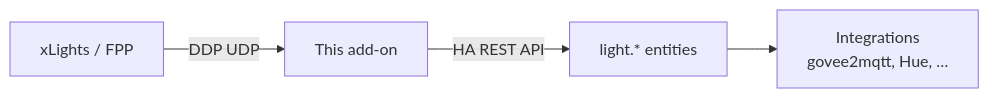
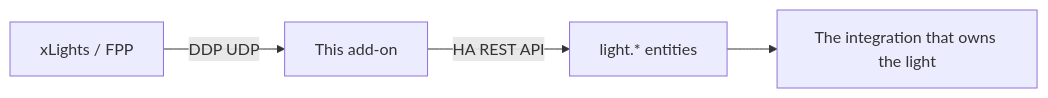
One commit to alexbbt/ha-xlights-ddp-bridge changed the diagram in README.md. Above: the diagram before and after it, drawn with Mermaid. The commit also changed other lines of this file and 5 other files, not shown here.

````diff
--- a/README.md
+++ b/README.md
@@ -19,6 +19,6 @@
 ```mermaid
 flowchart LR
   XL[xLights / FPP] -->|DDP UDP| ADD[This add-on]
   ADD -->|HA REST API| HA[light.* entities]
-  HA --> INT[Integrations<br/>govee2mqtt, Hue, …]
+  HA --> INT[The integration that owns the light]
 ```
````
